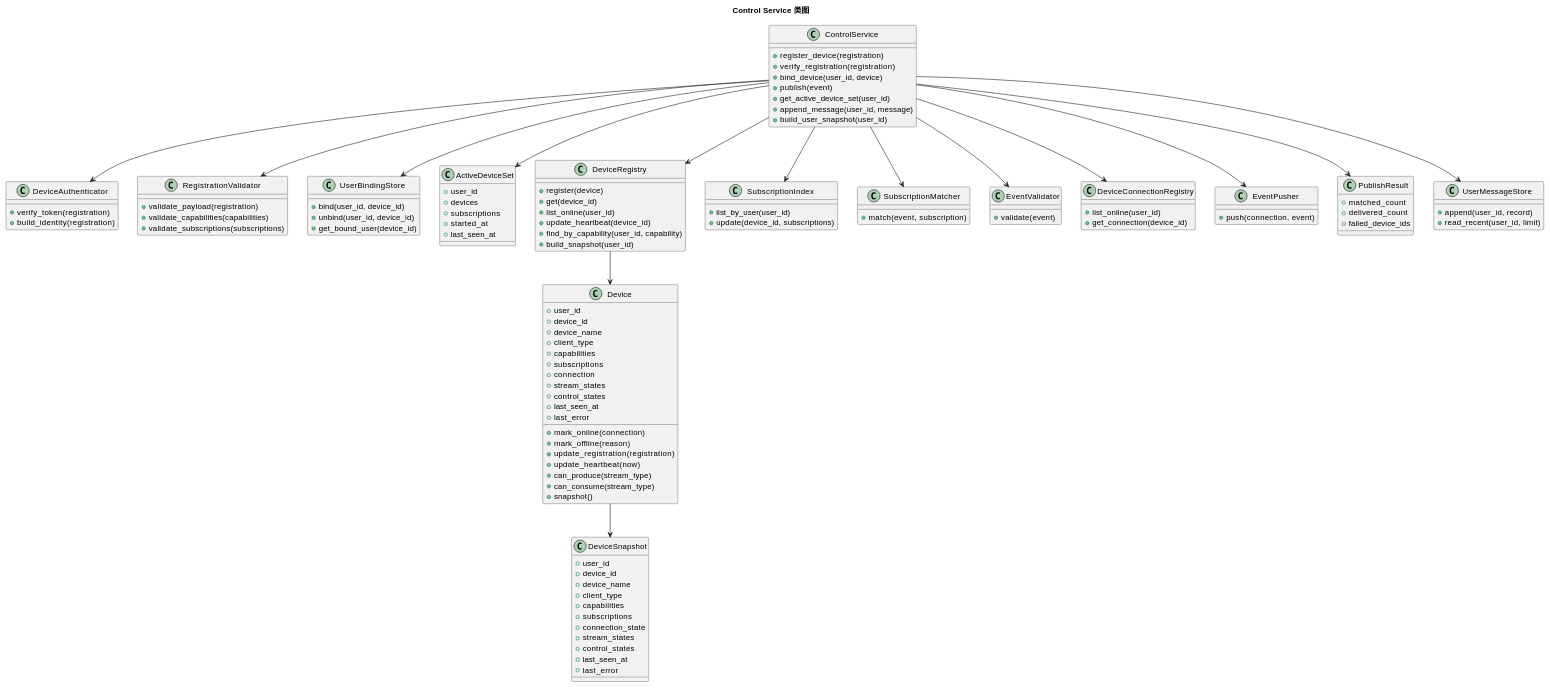
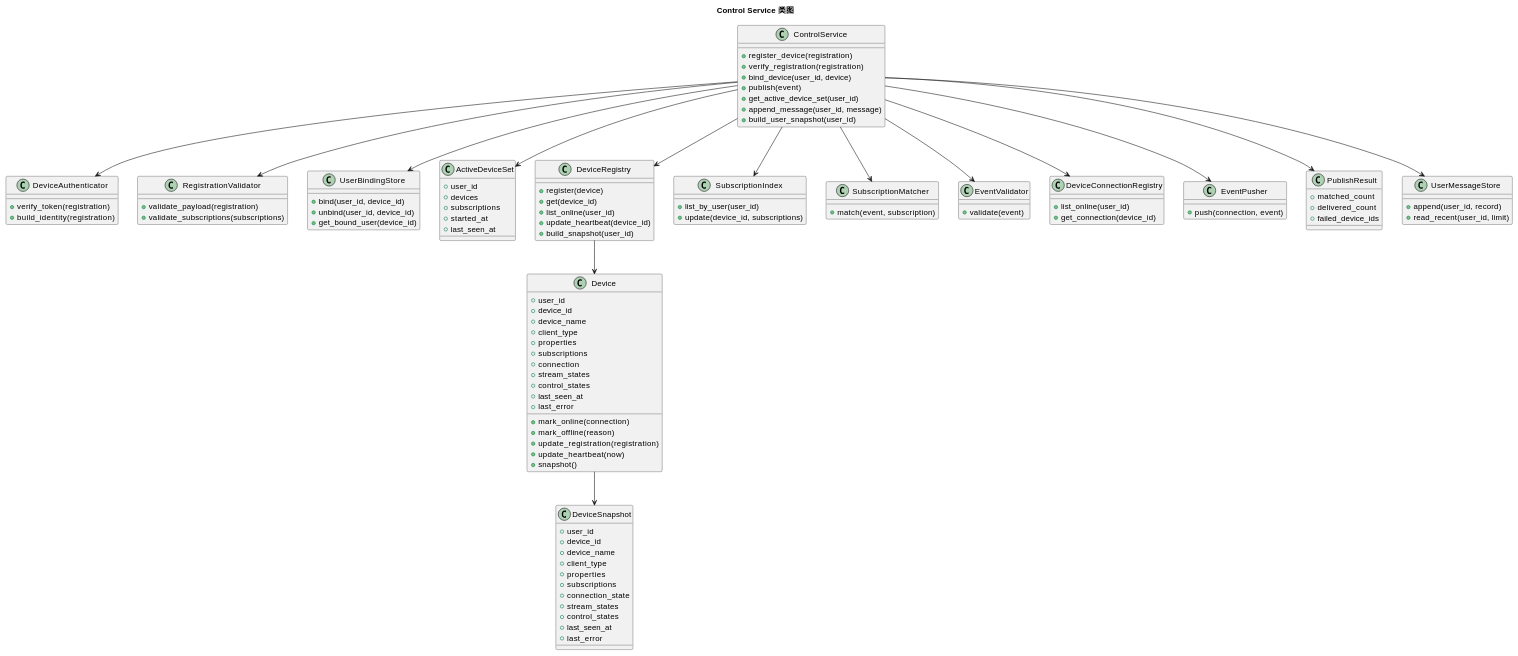
The third of 18 diagrams in audio-chat/docs/audio-chat-sdk-architecture.md (HengeLiu/RealtimeAgent), drawn with PlantUML before and after one commit. The commit also changed other lines of this file and 77 other files, not shown here.

```diff
--- a/audio-chat/docs/audio-chat-sdk-architecture.md
+++ b/audio-chat/docs/audio-chat-sdk-architecture.md
@@ -848,7 +845,6 @@
 
 class RegistrationValidator {
   +validate_payload(registration)
-  +validate_capabilities(capabilities)
   +validate_subscriptions(subscriptions)
 }
 
@@ -871,7 +867,6 @@
   +get(device_id)
   +list_online(user_id)
   +update_heartbeat(device_id)
-  +find_by_capability(user_id, capability)
   +build_snapshot(user_id)
 }
 
@@ -880,7 +875,7 @@
   +device_id
   +device_name
   +client_type
-  +capabilities
+  +properties
   +subscriptions
   +connection
   +stream_states
@@ -891,8 +886,6 @@
   +mark_offline(reason)
   +update_registration(registration)
   +update_heartbeat(now)
-  +can_produce(stream_type)
-  +can_consume(stream_type)
   +snapshot()
 }
 
@@ -901,7 +894,7 @@
   +device_id
   +device_name
   +client_type
-  +capabilities
+  +properties
   +subscriptions
   +connection_state
   +stream_states
```
